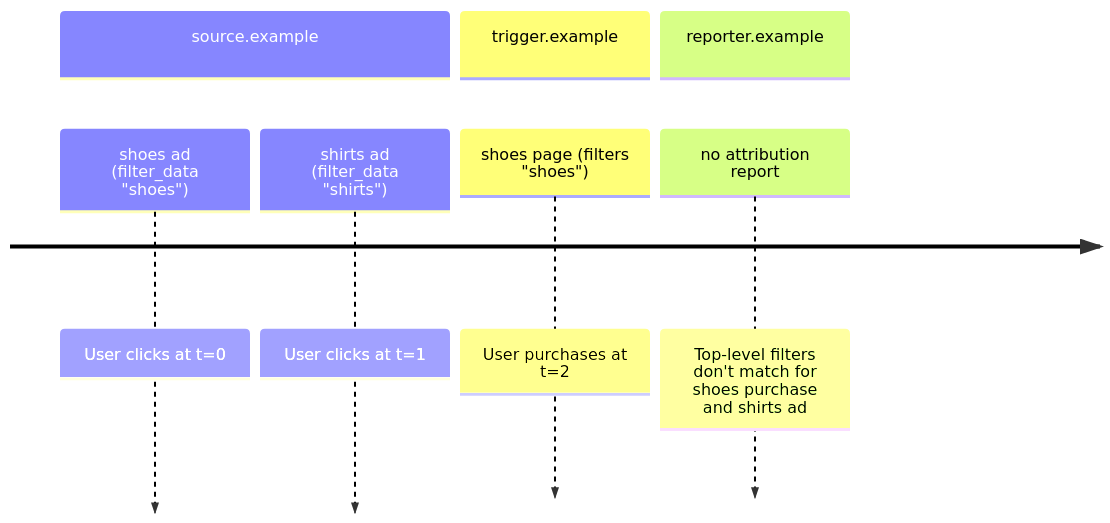
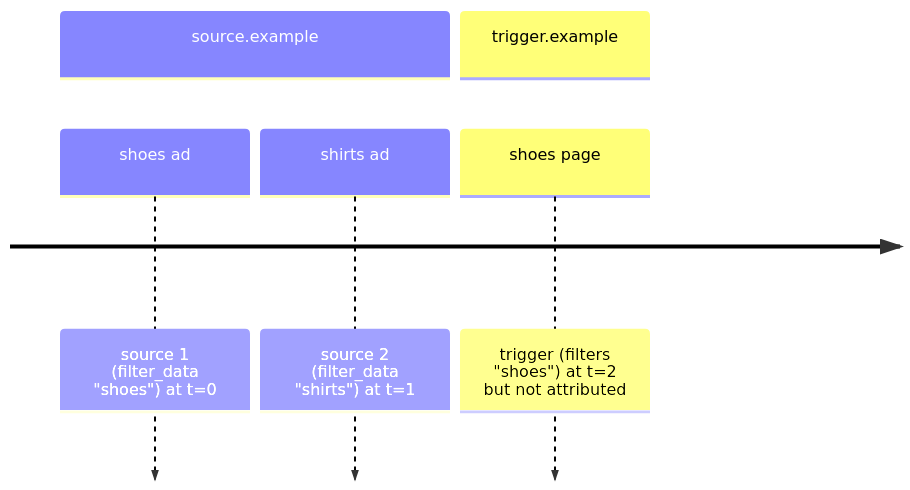
Before and after one commit to WICG/attribution-reporting-api: the first of 2 diagrams in attribution_scopes.md, drawn with Mermaid. The commit also changed other lines of this file, not shown here.

````diff
--- a/attribution_scopes.md
+++ b/attribution_scopes.md
@@ -114,10 +114,8 @@
 ```mermaid
 timeline
   section source.example
-    shoes ad (filter_data "shoes"): User clicks at t=0
-    shirts ad (filter_data "shirts"): User clicks at t=1
+    shoes ad: source 1 (filter_data "shoes") at t=0
+    shirts ad: source 2 (filter_data "shirts") at t=1
   section trigger.example
-    shoes page (filters "shoes"): User purchases at t=2
-  section reporter.example
-    no attribution report: Top-level filters don't match for shoes purchase and shirts ad
+    shoes page: trigger (filters "shoes") at t=2 but not attributed
 ```
````
